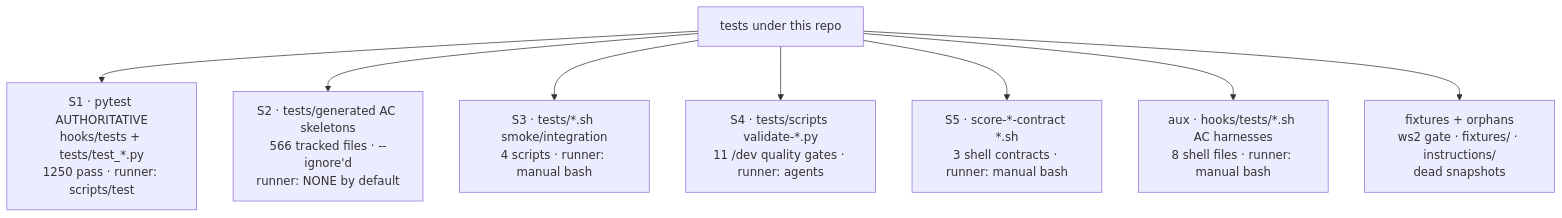
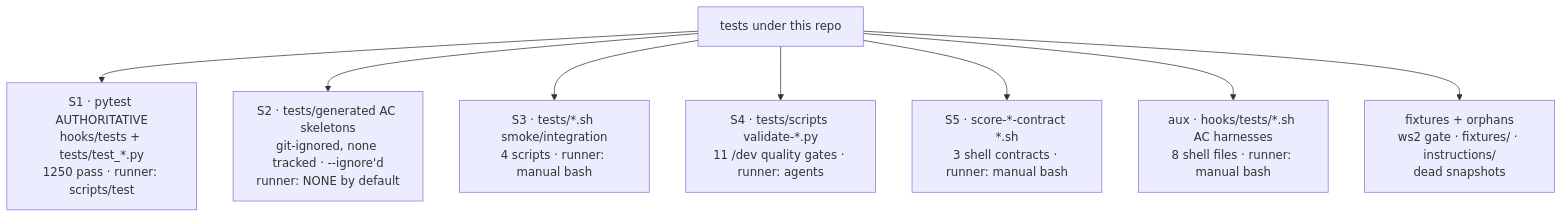
The diagram in tests/TESTING.md (Yugoge/awesome-claude-harness), drawn with Mermaid before and after one commit. The commit also changed other lines of this file, not shown here.

First line of the commit message:
P10 (R18): TESTING.md says tests/generated is ignored, none of it tracked

````diff
--- a/tests/TESTING.md
+++ b/tests/TESTING.md
@@ -26,10 +26,10 @@
 ```mermaid
 graph TD
     R["tests under this repo"] --> S1["S1 · pytest AUTHORITATIVE<br/>hooks/tests + tests/test_*.py<br/>1250 pass · runner: scripts/test"]
-    R --> S2["S2 · tests/generated AC skeletons<br/>566 tracked files · --ignore'd<br/>runner: NONE by default"]
+    R --> S2["S2 · tests/generated AC skeletons<br/>git-ignored, none tracked · --ignore'd<br/>runner: NONE by default"]
     R --> S3["S3 · tests/*.sh smoke/integration<br/>4 scripts · runner: manual bash"]
     R --> S4["S4 · tests/scripts validate-*.py<br/>11 /dev quality gates · runner: agents"]
     R --> S5["S5 · score-*-contract *.sh<br/>3 shell contracts · runner: manual bash"]
     R --> AUX["aux · hooks/tests/*.sh AC harnesses<br/>8 shell files · runner: manual bash"]
     R --> ORPH["fixtures + orphans<br/>ws2 gate · fixtures/ · instructions/<br/>dead snapshots"]
 ```
````
